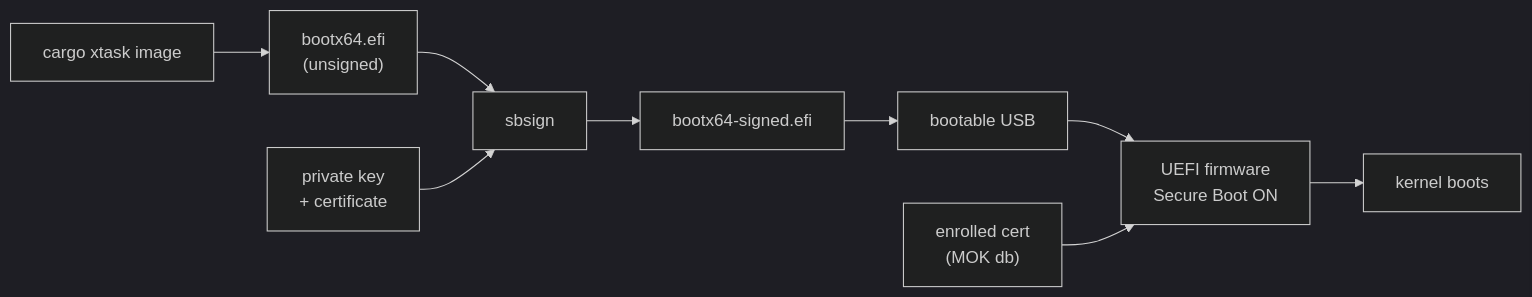
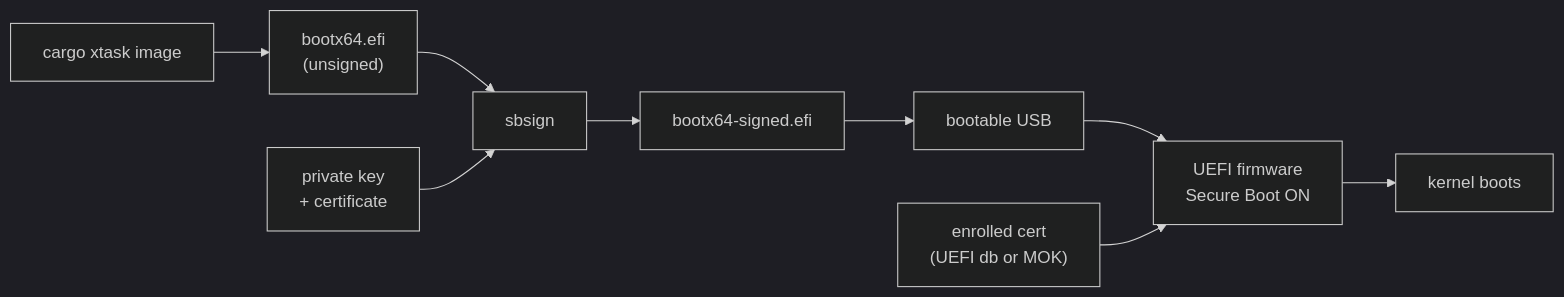
Before and after one commit to mikecubed/m3OS: the diagram in docs/roadmap/10-secure-boot.md, drawn with Mermaid (dark theme). The commit also changed other lines of this file and 2 other files, not shown here.

````diff
--- a/docs/roadmap/10-secure-boot.md
+++ b/docs/roadmap/10-secure-boot.md
@@ -8,11 +8,11 @@
 ```mermaid
 flowchart LR
     Build["cargo xtask image"] --> EFI["bootx64.efi<br/>(unsigned)"]
     EFI --> Sign["sbsign"]
     Key["private key<br/>+ certificate"] --> Sign
     Sign --> Signed["bootx64-signed.efi"]
     Signed --> USB["bootable USB"]
     USB --> FW["UEFI firmware<br/>Secure Boot ON"]
-    Enrolled["enrolled cert<br/>(MOK db)"] --> FW
+    Enrolled["enrolled cert<br/>(UEFI db or MOK)"] --> FW
     FW --> Boot["kernel boots"]
 ```
````
